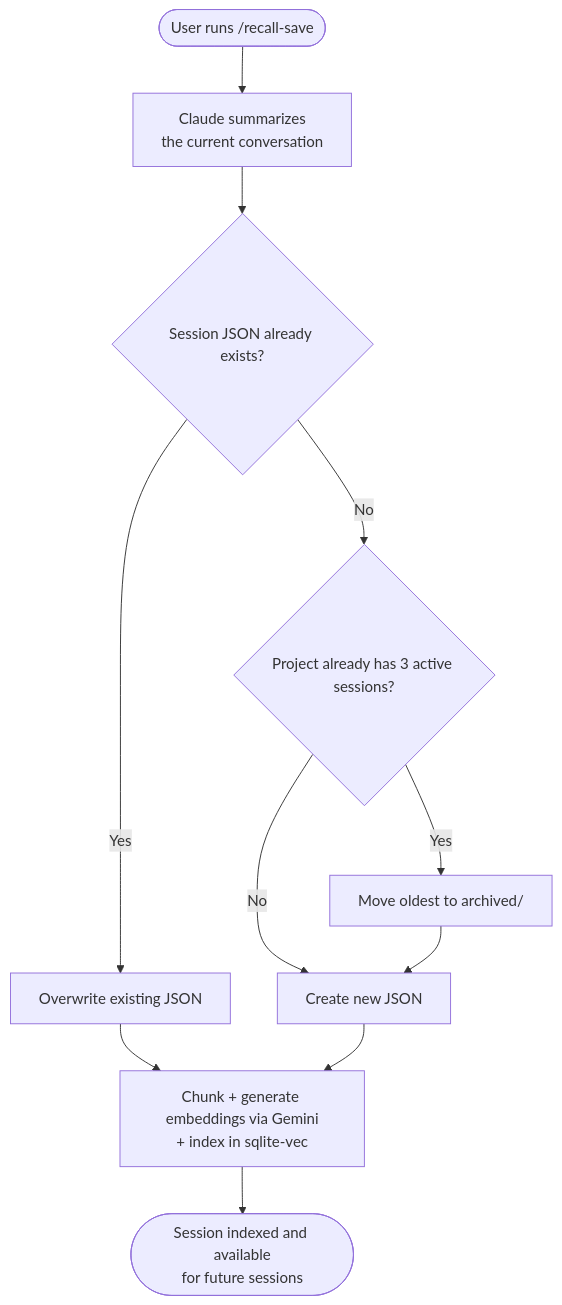
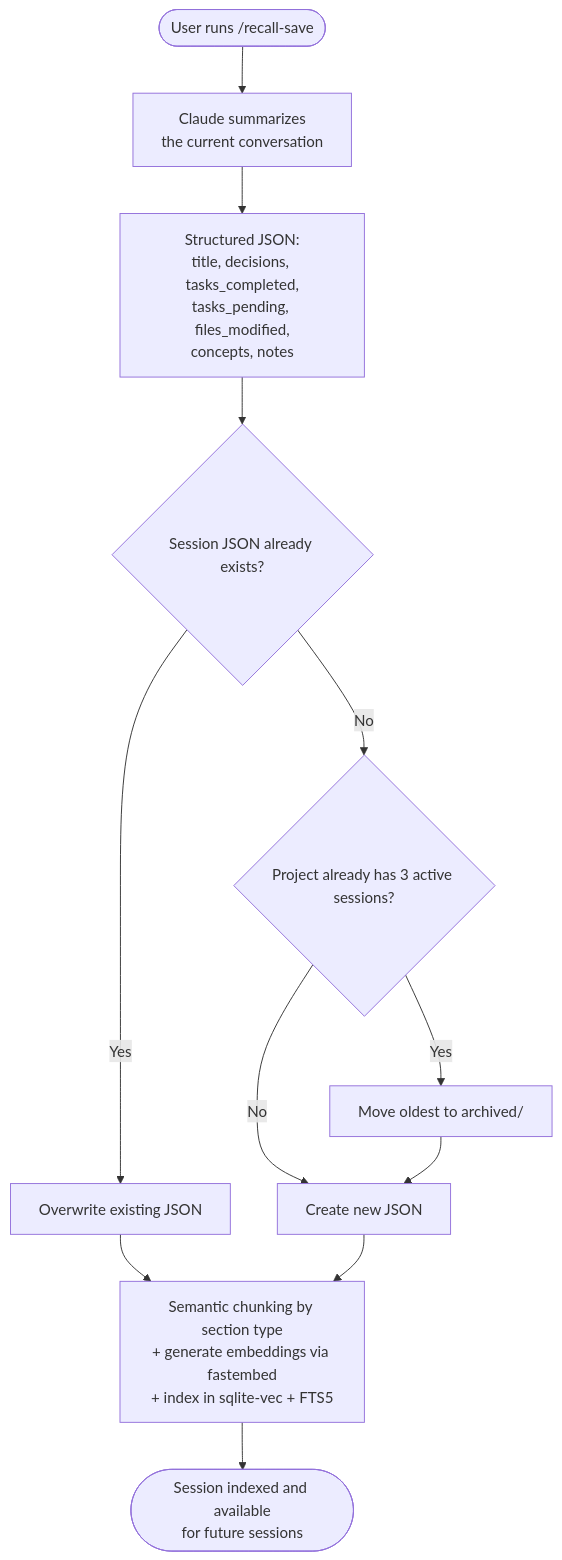
One commit to altvoratech/recall changed the fifth of 8 diagrams in FLUXO-ATUAL.md. Above: the diagram before and after it, drawn with Mermaid. The commit also changed other lines of this file, not shown here.

First line of the commit message:
docs: rewrite FLUXO-ATUAL.md to reflect current architecture

````diff
--- a/FLUXO-ATUAL.md
+++ b/FLUXO-ATUAL.md
@@ -142,13 +175,14 @@
 ```mermaid
 flowchart TD
     A([User runs /recall-save]) --> B[Claude summarizes\nthe current conversation]
-    B --> C{Session JSON already exists?}
+    B --> B2[Structured JSON:\ntitle, decisions, tasks_completed,\ntasks_pending, files_modified,\nconcepts, notes]
+    B2 --> C{Session JSON already exists?}
     C -->|Yes| D[Overwrite existing JSON]
     C -->|No| E{Project already has 3 active sessions?}
     E -->|Yes| F[Move oldest to archived/]
     E -->|No| G[Create new JSON]
     F --> G
-    D --> H[Chunk + generate embeddings via Gemini\n+ index in sqlite-vec]
+    D --> H[Semantic chunking by section type\n+ generate embeddings via fastembed\n+ index in sqlite-vec + FTS5]
     G --> H
     H --> I([Session indexed and available\nfor future sessions])
 ```
````
